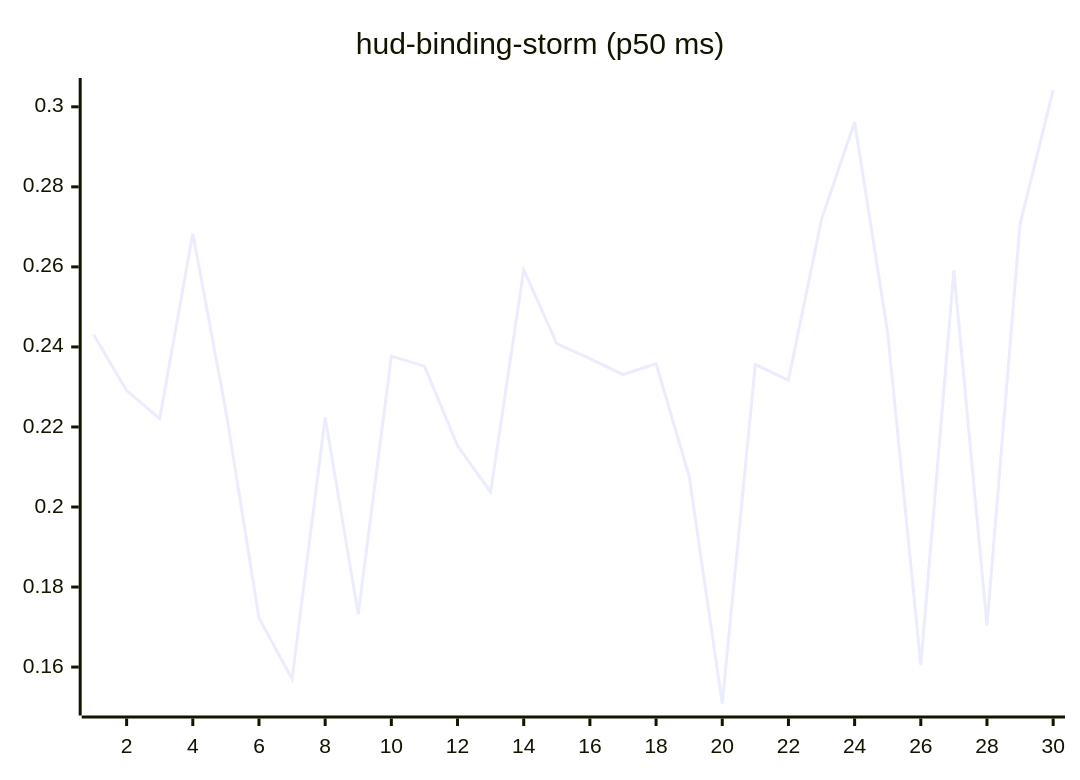
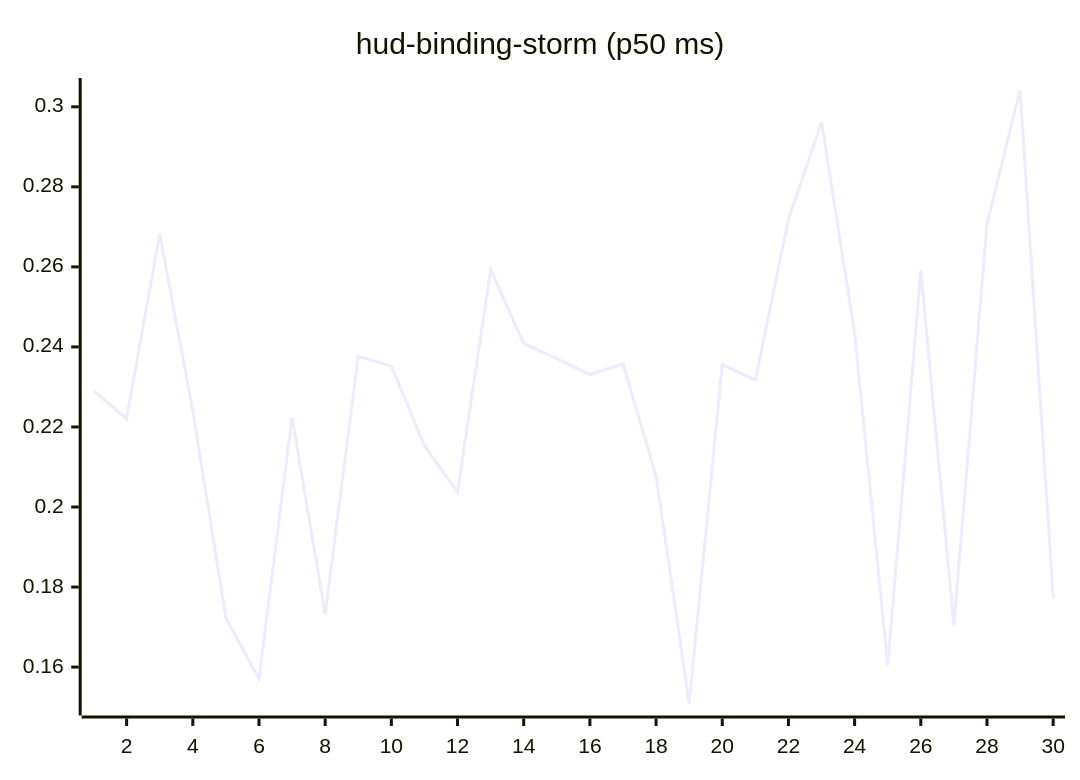
Before and after one commit to josha/Facet: the tenth of 27 diagrams in README.md, drawn with Mermaid. The commit also changed other lines of this file and 2 other files, not shown here.

````diff
--- a/README.md
+++ b/README.md
@@ -126,6 +126,6 @@
 ```mermaid
 xychart-beta
     title "hud-binding-storm (p50 ms)"
     x-axis 1 --> 30
-    line [0.2431, 0.2291, 0.2221, 0.2683, 0.2240, 0.1723, 0.1570, 0.2224, 0.1732, 0.2377, 0.2352, 0.2153, 0.2037, 0.2593, 0.2408, 0.2371, 0.2331, 0.2358, 0.2077, 0.1509, 0.2356, 0.2317, 0.2719, 0.2962, 0.2435, 0.1605, 0.2591, 0.1704, 0.2707, 0.3042]
+    line [0.2291, 0.2221, 0.2683, 0.2240, 0.1723, 0.1570, 0.2224, 0.1732, 0.2377, 0.2352, 0.2153, 0.2037, 0.2593, 0.2408, 0.2371, 0.2331, 0.2358, 0.2077, 0.1509, 0.2356, 0.2317, 0.2719, 0.2962, 0.2435, 0.1605, 0.2591, 0.1704, 0.2707, 0.3042, 0.1772]
 ```
````
